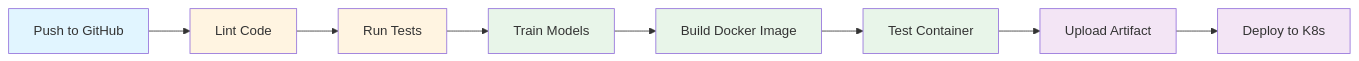
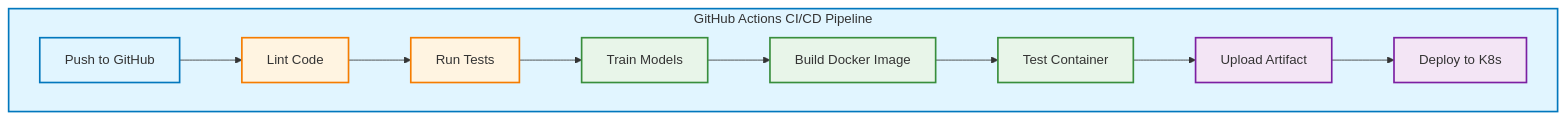
Before and after one commit to 2024aa05820/heart-disease-mlops: the fourth of 9 diagrams in README.md, drawn with Mermaid. The commit also changed other lines of this file and 1 other file, not shown here.

First line of the commit message:
Update Mermaid diagrams to top-to-bottom with color styling and configure Jenkins for PR merge

````diff
--- a/README.md
+++ b/README.md
@@ -258,19 +274,22 @@
 ```mermaid
-graph LR
-    A[Push to GitHub] --> B[Lint Code]
-    B --> C[Run Tests]
-    C --> D[Train Models]
-    D --> E[Build Docker Image]
-    E --> F[Test Container]
-    F --> G[Upload Artifact]
-    G --> H[Deploy to K8s]
+graph TB
+    subgraph GA_PIPELINE["GitHub Actions CI/CD Pipeline"]
+        A["Push to GitHub"] --> B["Lint Code"]
+        B --> C["Run Tests"]
+        C --> D["Train Models"]
+        D --> E["Build Docker Image"]
+        E --> F["Test Container"]
+        F --> G["Upload Artifact"]
+        G --> H["Deploy to K8s"]
+    end
     
-    style A fill:#e1f5ff
-    style B fill:#fff4e1
-    style C fill:#fff4e1
-    style D fill:#e8f5e9
-    style E fill:#e8f5e9
-    style F fill:#e8f5e9
-    style G fill:#f3e5f5
-    style H fill:#f3e5f5
+    style GA_PIPELINE fill:#e1f5ff,stroke:#0277bd,stroke-width:2px
+    style A fill:#e1f5ff,stroke:#0277bd,stroke-width:2px
+    style B fill:#fff4e1,stroke:#f57c00,stroke-width:2px
+    style C fill:#fff4e1,stroke:#f57c00,stroke-width:2px
+    style D fill:#e8f5e9,stroke:#388e3c,stroke-width:2px
+    style E fill:#e8f5e9,stroke:#388e3c,stroke-width:2px
+    style F fill:#e8f5e9,stroke:#388e3c,stroke-width:2px
+    style G fill:#f3e5f5,stroke:#7b1fa2,stroke-width:2px
+    style H fill:#f3e5f5,stroke:#7b1fa2,stroke-width:2px
 ```
````
